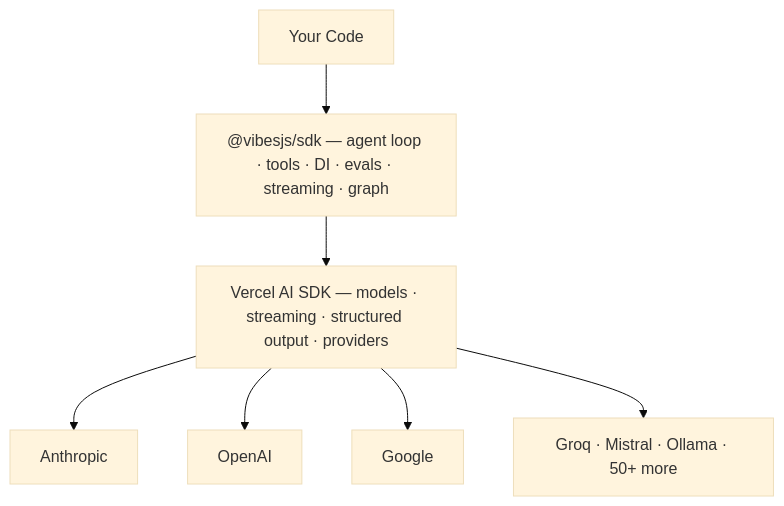
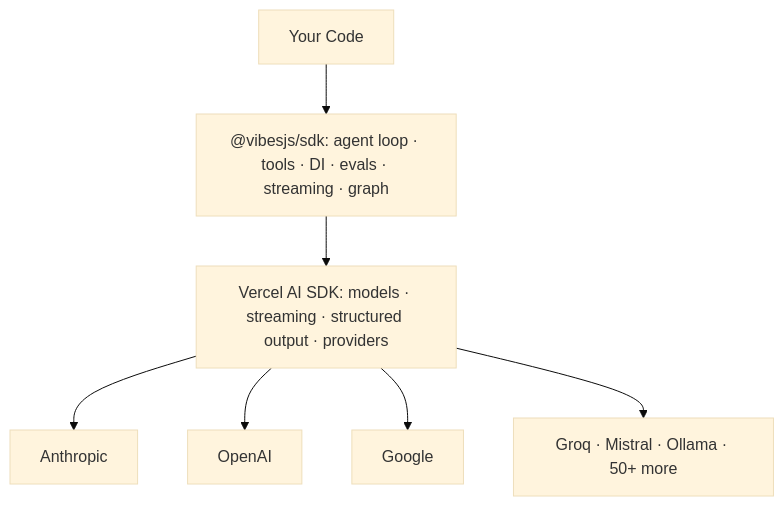
Before and after one commit to a7ul/vibes: the first of 2 diagrams in README.md, drawn with Mermaid (base theme). The commit also changed 1 other file, not shown here.

Commit message:
docs: remove em dashes from mermaid, sync sdk README with root README

````diff
--- a/README.md
+++ b/README.md
@@ -30,9 +30,9 @@
 ```mermaid
 flowchart TD
-    A[Your Code] --> B["@vibesjs/sdk — agent loop · tools · DI · evals · streaming · graph"]
-    B --> C["Vercel AI SDK — models · streaming · structured output · providers"]
+    A[Your Code] --> B["@vibesjs/sdk: agent loop · tools · DI · evals · streaming · graph"]
+    B --> C["Vercel AI SDK: models · streaming · structured output · providers"]
     C --> D[Anthropic]
     C --> E[OpenAI]
     C --> F[Google]
     C --> G["Groq · Mistral · Ollama · 50+ more"]
 ```
````
